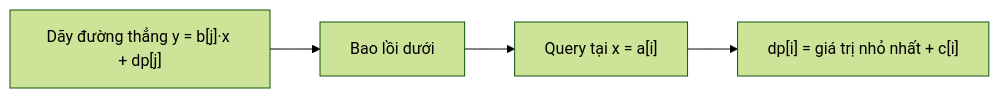
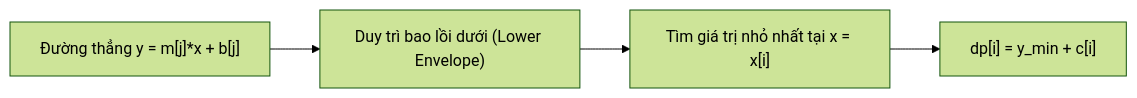
One commit to FPTOJ-OJ/fptoj_wiki changed the third of 5 diagrams in docs/lessons/dp-optimization.md. Above: the diagram before and after it, drawn with Mermaid (forest theme). The commit also changed other lines of this file and 377 other files, not shown here.

````diff
--- a/docs/lessons/dp-optimization.md
+++ b/docs/lessons/dp-optimization.md
@@ -361,6 +298,6 @@
 ```mermaid
 graph LR
-    A["Dãy đường thẳng y = b[j]·x + dp[j]"] --> B["Bao lồi dưới"]
-    B --> C["Query tại x = a[i]"]
-    C --> D["dp[i] = giá trị nhỏ nhất + c[i]"]
+    A["Đường thẳng y = m[j]*x + b[j]"] --> B["Duy trì bao lồi dưới (Lower Envelope)"]
+    B --> C["Tìm giá trị nhỏ nhất tại x = x[i]"]
+    C --> D["dp[i] = y_min + c[i]"]
 ```
````
